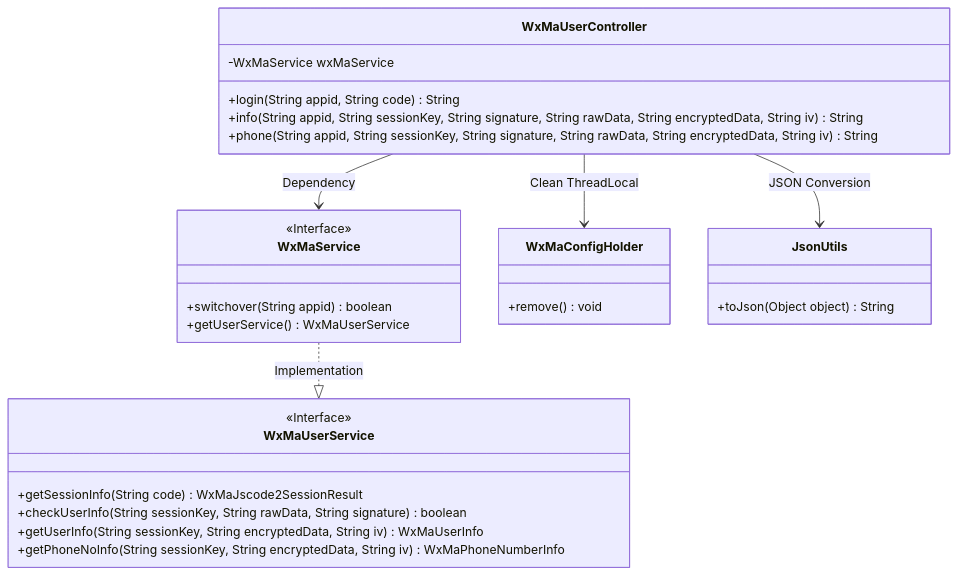
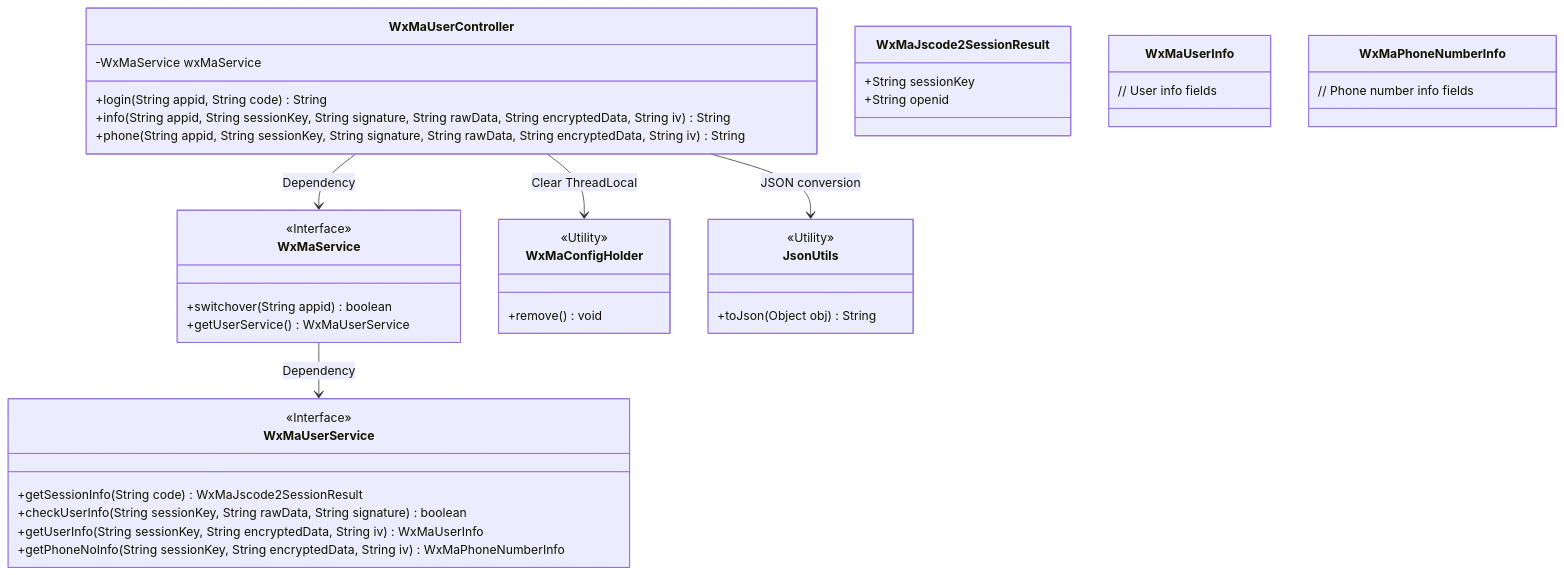
Before and after one commit to v-wjrong/rongwj666_weixin-java-miniapp-demo: the first of 2 diagrams in docs/en/docs/src/main/java/com/github/binarywang/demo/wx/miniapp/controller/WxMaUserController.md, drawn with Mermaid. The commit also changed other lines of this file and 49 other files, not shown here.

````diff
--- a/docs/en/docs/src/main/java/com/github/binarywang/demo/wx/miniapp/controller/WxMaUserController.md
+++ b/docs/en/docs/src/main/java/com/github/binarywang/demo/wx/miniapp/controller/WxMaUserController.md
@@ -36,36 +36,51 @@
 ```mermaid
 classDiagram
     class WxMaUserController {
         -WxMaService wxMaService
         +login(String appid, String code) String
         +info(String appid, String sessionKey, String signature, String rawData, String encryptedData, String iv) String
         +phone(String appid, String sessionKey, String signature, String rawData, String encryptedData, String iv) String
     }
 
     class WxMaService {
         <<Interface>>
         +switchover(String appid) boolean
         +getUserService() WxMaUserService
     }
 
     class WxMaUserService {
         <<Interface>>
         +getSessionInfo(String code) WxMaJscode2SessionResult
         +checkUserInfo(String sessionKey, String rawData, String signature) boolean
         +getUserInfo(String sessionKey, String encryptedData, String iv) WxMaUserInfo
         +getPhoneNoInfo(String sessionKey, String encryptedData, String iv) WxMaPhoneNumberInfo
     }
 
+    class WxMaJscode2SessionResult {
+        +String sessionKey
+        +String openid
+    }
+
+    class WxMaUserInfo {
+        // User info fields
+    }
+
+    class WxMaPhoneNumberInfo {
+        // Phone number info fields
+    }
+
     class WxMaConfigHolder {
+        <<Utility>>
         +remove() void
     }
 
     class JsonUtils {
-        +toJson(Object object) String
+        <<Utility>>
+        +toJson(Object obj) String
     }
 
     WxMaUserController --> WxMaService : Dependency
-    WxMaUserController --> WxMaConfigHolder : Clean ThreadLocal
-    WxMaUserController --> JsonUtils : JSON Conversion
-    WxMaService ..|> WxMaUserService : Implementation
+    WxMaService --> WxMaUserService : Dependency
+    WxMaUserController --> WxMaConfigHolder : Clear ThreadLocal
+    WxMaUserController --> JsonUtils : JSON conversion
 ```
````
